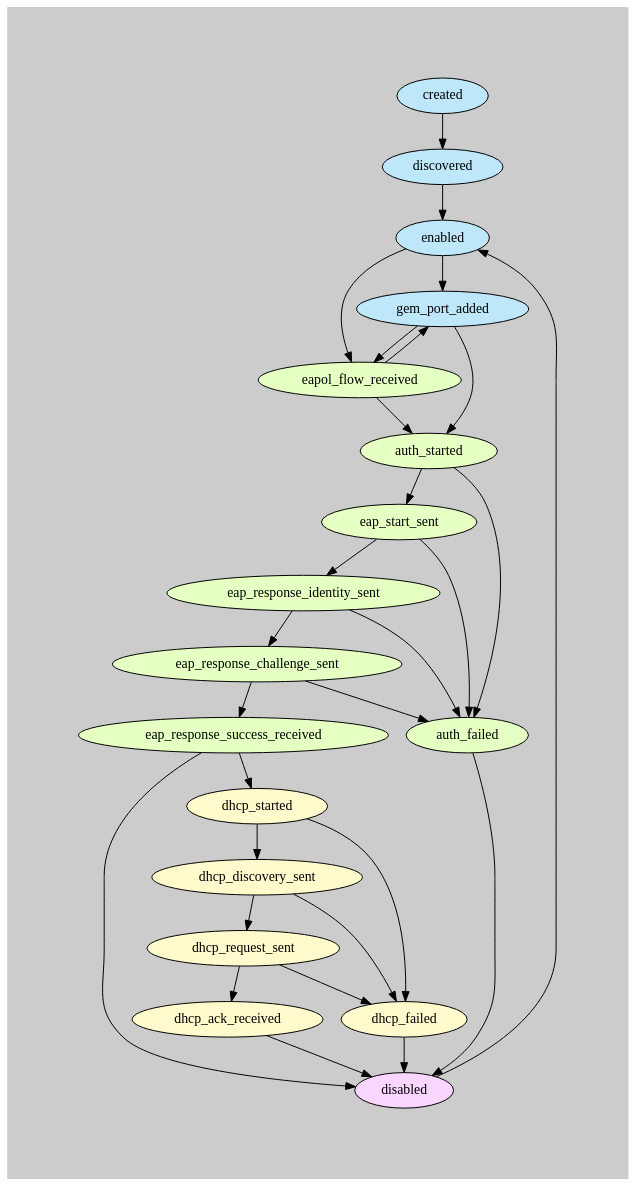
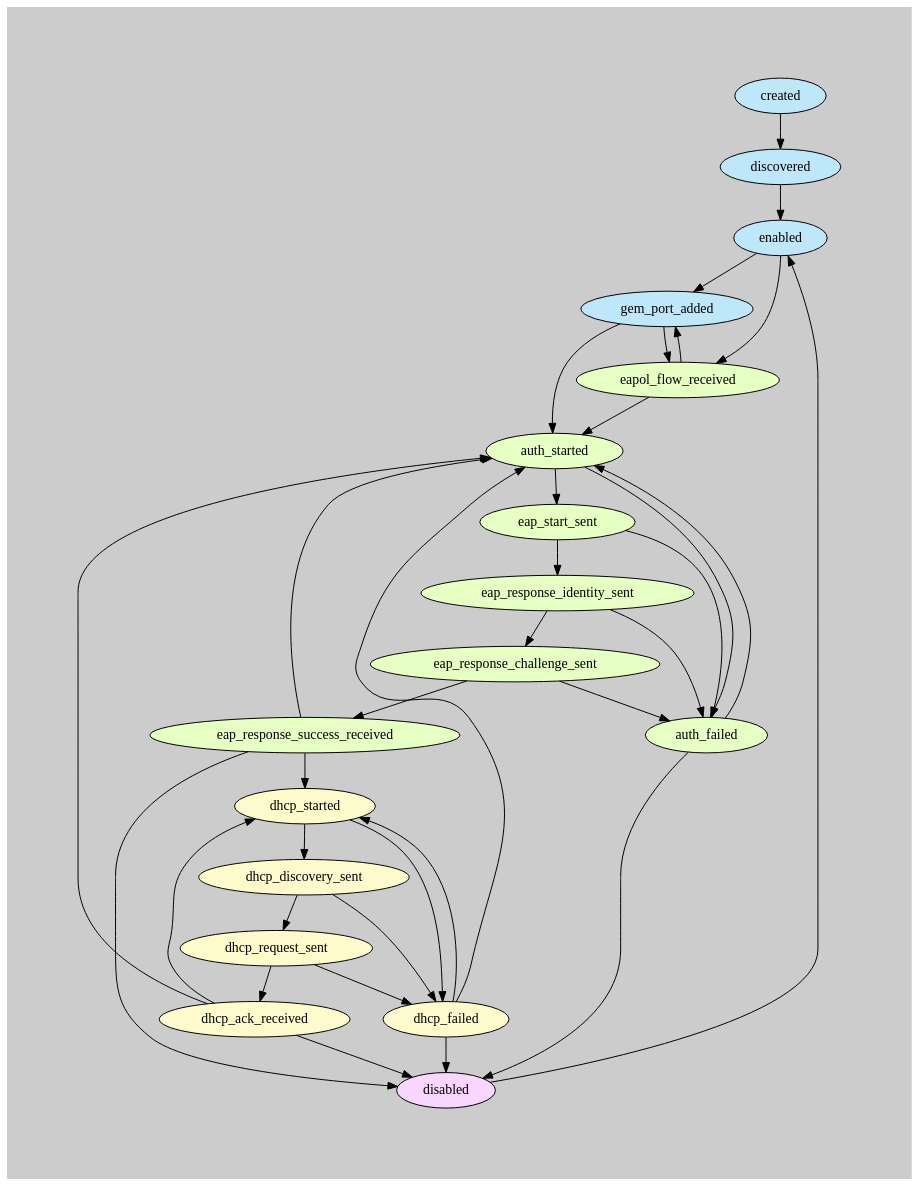
One commit to opencord/bbsim changed the diagram in docs/source/onu-state-machine.rst. Above: the diagram before and after it, drawn with Graphviz. The commit also changed other lines of this file and 8 other files, not shown here.

```diff
--- a/docs/source/onu-state-machine.rst
+++ b/docs/source/onu-state-machine.rst
@@ -65,49 +65,57 @@
 .. graphviz::
 
     digraph {
         graph [pad="1,1" bgcolor="#cccccc"]
         node [style=filled]
 
         created [fillcolor="#bee7fa"]
         discovered [fillcolor="#bee7fa"]
         enabled [fillcolor="#bee7fa"]
         disabled [fillcolor="#f9d6ff"]
         gem_port_added [fillcolor="#bee7fa"]
 
         eapol_flow_received [fillcolor="#e6ffc2"]
         auth_started [fillcolor="#e6ffc2"]
         eap_start_sent [fillcolor="#e6ffc2"]
         eap_response_identity_sent [fillcolor="#e6ffc2"]
         eap_response_challenge_sent [fillcolor="#e6ffc2"]
         eap_response_success_received [fillcolor="#e6ffc2"]
         auth_failed [fillcolor="#e6ffc2"]
 
         dhcp_started [fillcolor="#fffacc"]
         dhcp_discovery_sent [fillcolor="#fffacc"]
         dhcp_request_sent [fillcolor="#fffacc"]
         dhcp_ack_received [fillcolor="#fffacc"]
         dhcp_failed [fillcolor="#fffacc"]
 
         created -> discovered -> enabled
         enabled -> gem_port_added -> eapol_flow_received -> auth_started
         enabled -> eapol_flow_received -> gem_port_added -> auth_started
 
         auth_started -> eap_start_sent -> eap_response_identity_sent -> eap_response_challenge_sent -> eap_response_success_received
         auth_started -> auth_failed
         eap_start_sent -> auth_failed
         eap_response_identity_sent -> auth_failed
         eap_response_challenge_sent -> auth_failed
 
+        eap_response_success_received -> auth_started
+        auth_failed -> auth_started
+        dhcp_ack_received -> auth_started
+        dhcp_failed -> auth_started
+
         eap_response_success_received -> dhcp_started
         dhcp_started -> dhcp_discovery_sent -> dhcp_request_sent -> dhcp_ack_received
         dhcp_started -> dhcp_failed
         dhcp_discovery_sent -> dhcp_failed
         dhcp_request_sent -> dhcp_failed
         dhcp_ack_received dhcp_failed
 
         eap_response_success_received -> disabled
         auth_failed -> disabled
         dhcp_ack_received -> disabled
         dhcp_failed -> disabled
         disabled -> enabled
+
+        dhcp_ack_received -> dhcp_started
+        dhcp_failed -> dhcp_started
     }
```
